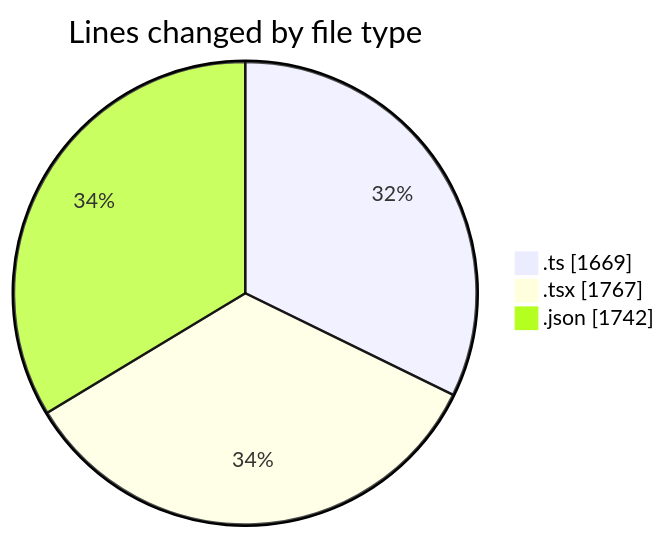
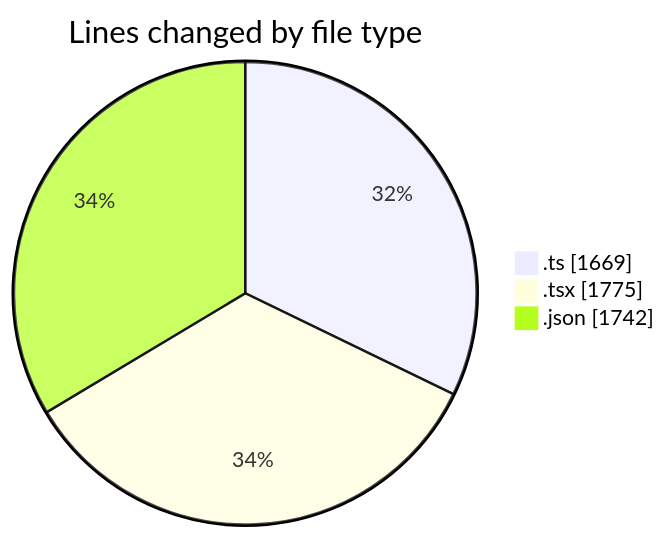
The first of 2 diagrams in 2025-10-23/eventscop-frontend-guide__workspace_/README.md (julien-gomy/code-tracking), drawn with Mermaid before and after one commit. The commit also changed other lines of this file and 1 other file, not shown here.

````diff
--- a/2025-10-23/eventscop-frontend-guide__workspace_/README.md
+++ b/2025-10-23/eventscop-frontend-guide__workspace_/README.md
@@ -33,7 +33,7 @@
 ```mermaid
 pie showData
 title Lines changed by file type
 ".ts" : 1669
-".tsx" : 1767
+".tsx" : 1775
 ".json" : 1742
 ```
````
